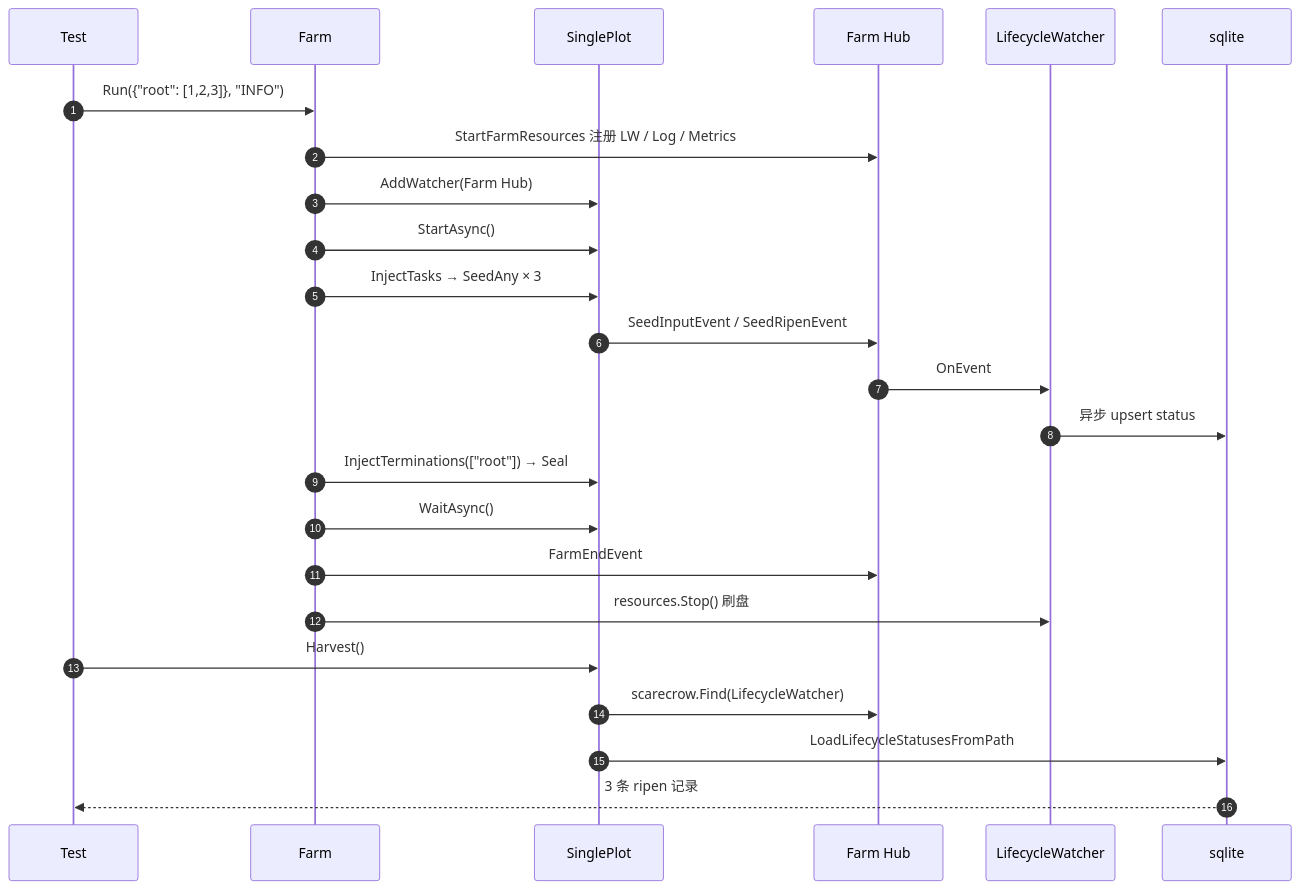
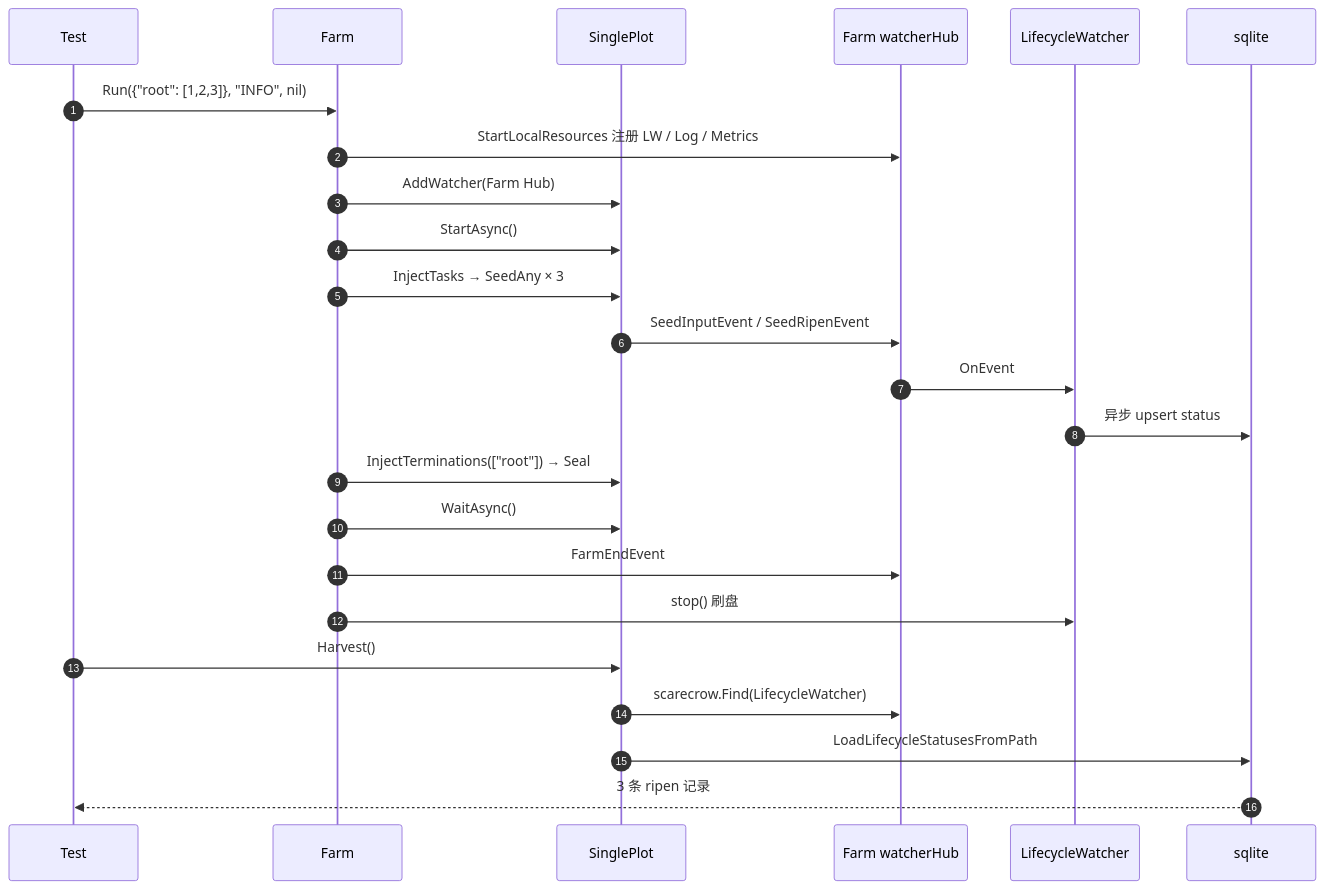
The diagram in docs/zh-CN/pkg/farm/farm_harvest_test.md (Mr-xiaotian/CelestialGrow), drawn with Mermaid before and after one commit. The commit also changed other lines of this file and 49 other files, not shown here.

````diff
--- a/docs/zh-CN/pkg/farm/farm_harvest_test.md
+++ b/docs/zh-CN/pkg/farm/farm_harvest_test.md
@@ -54,27 +54,27 @@
 ```mermaid
 sequenceDiagram
     autonumber
     participant T as Test
     participant F as Farm
     participant P as SinglePlot
-    participant H as Farm Hub
+    participant H as Farm watcherHub
     participant LW as LifecycleWatcher
     participant DB as sqlite
 
-    T->>F: Run({"root": [1,2,3]}, "INFO")
-    F->>H: StartFarmResources 注册 LW / Log / Metrics
+    T->>F: Run({"root": [1,2,3]}, "INFO", nil)
+    F->>H: StartLocalResources 注册 LW / Log / Metrics
     F->>P: AddWatcher(Farm Hub)
     F->>P: StartAsync()
     F->>P: InjectTasks → SeedAny × 3
     P->>H: SeedInputEvent / SeedRipenEvent
     H->>LW: OnEvent
     LW->>DB: 异步 upsert status
     F->>P: InjectTerminations(["root"]) → Seal
     F->>P: WaitAsync()
     F->>H: FarmEndEvent
-    F->>LW: resources.Stop() 刷盘
+    F->>LW: stop() 刷盘
     T->>P: Harvest()
     P->>H: scarecrow.Find(LifecycleWatcher)
     P->>DB: LoadLifecycleStatusesFromPath
     DB-->>T: 3 条 ripen 记录
 ```
````
